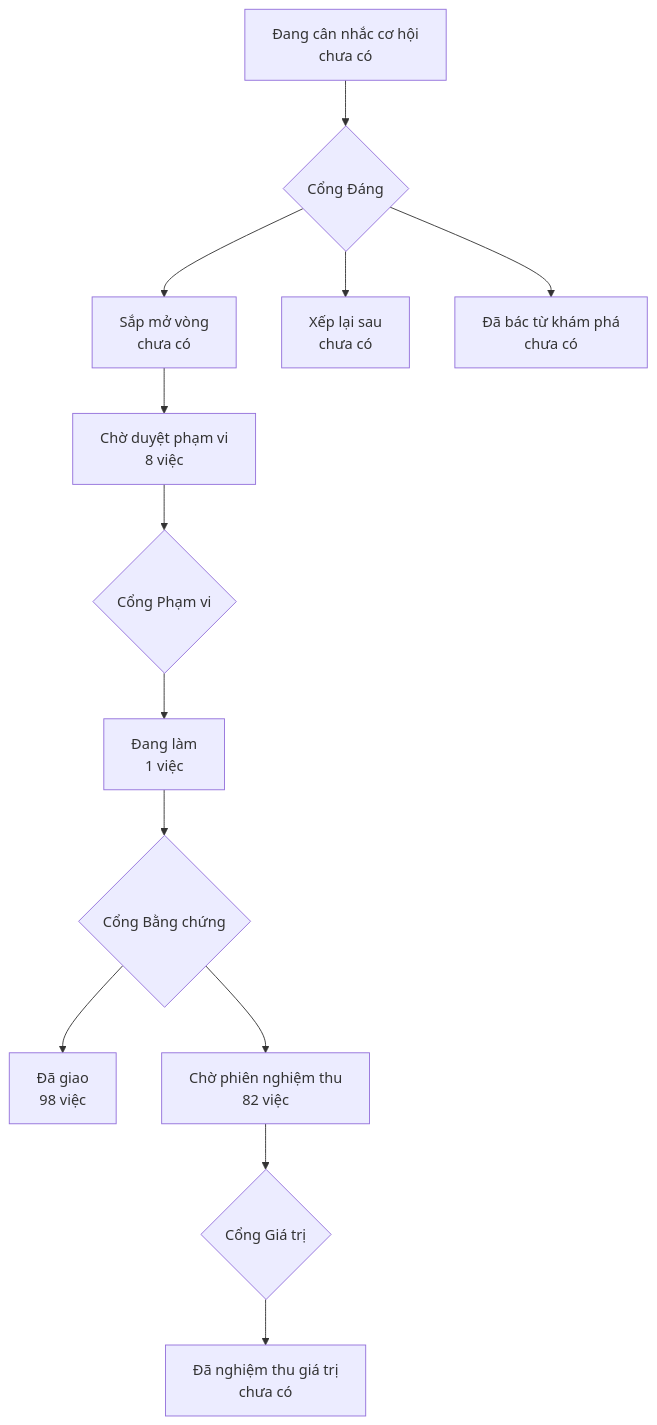
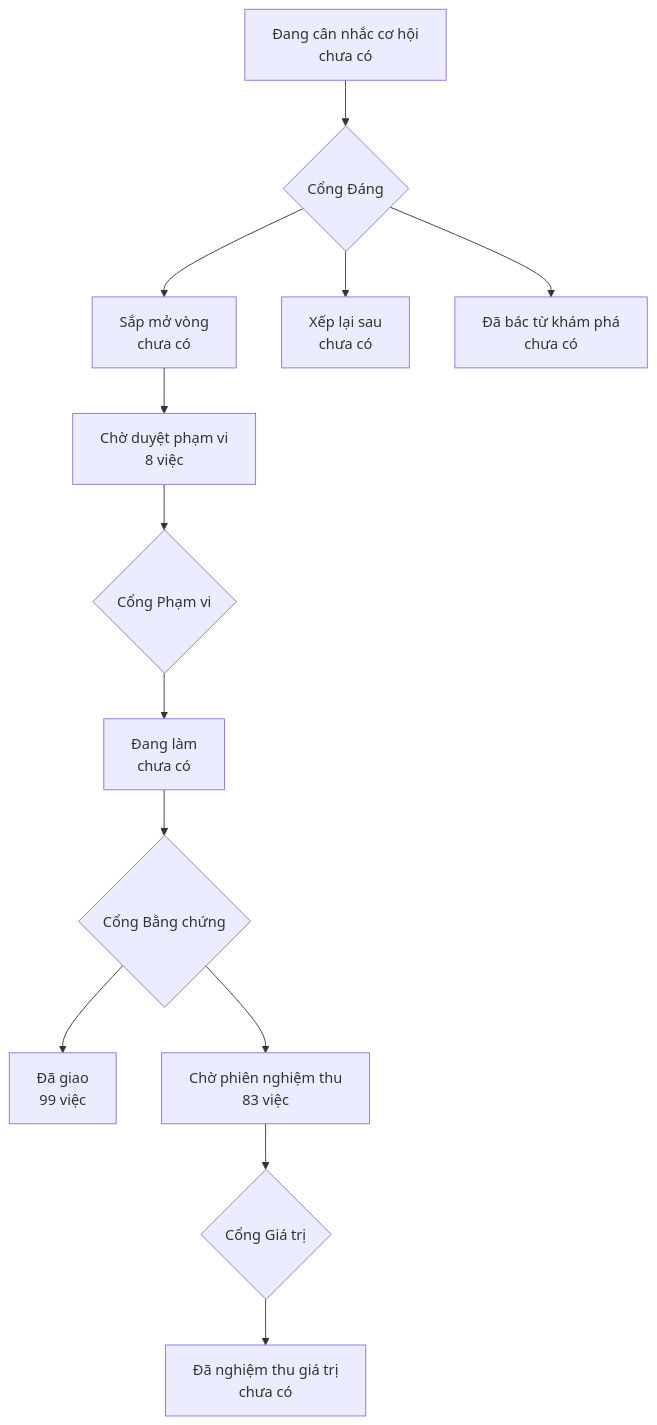
Before and after one commit to phanlemanh/onehub-invest: the diagram in PRODUCT-MAP.md, drawn with Mermaid. The commit also changed other lines of this file and 4 other files, not shown here.

````diff
--- a/PRODUCT-MAP.md
+++ b/PRODUCT-MAP.md
@@ -7,12 +7,12 @@
 ```mermaid
 flowchart TD
   A["Đang cân nhắc cơ hội<br/>chưa có"] --> GD{"Cổng Đáng"}
   GD --> B["Sắp mở vòng<br/>chưa có"]
   GD --> XL["Xếp lại sau<br/>chưa có"]
   GD --> DB["Đã bác từ khám phá<br/>chưa có"]
   B --> CD["Chờ duyệt phạm vi<br/>8 việc"] --> GP{"Cổng Phạm vi"}
-  GP --> DL["Đang làm<br/>1 việc"] --> GB{"Cổng Bằng chứng"}
-  GB --> DG["Đã giao<br/>98 việc"]
-  GB --> CN["Chờ phiên nghiệm thu<br/>82 việc"] --> GG{"Cổng Giá trị"}
+  GP --> DL["Đang làm<br/>chưa có"] --> GB{"Cổng Bằng chứng"}
+  GB --> DG["Đã giao<br/>99 việc"]
+  GB --> CN["Chờ phiên nghiệm thu<br/>83 việc"] --> GG{"Cổng Giá trị"}
   GG --> NT["Đã nghiệm thu giá trị<br/>chưa có"]
 ```
````
